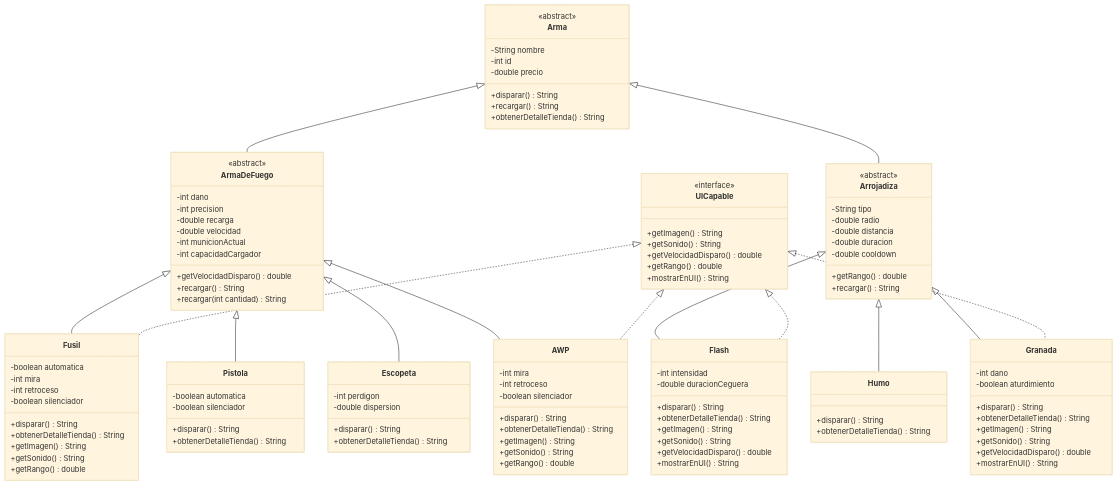
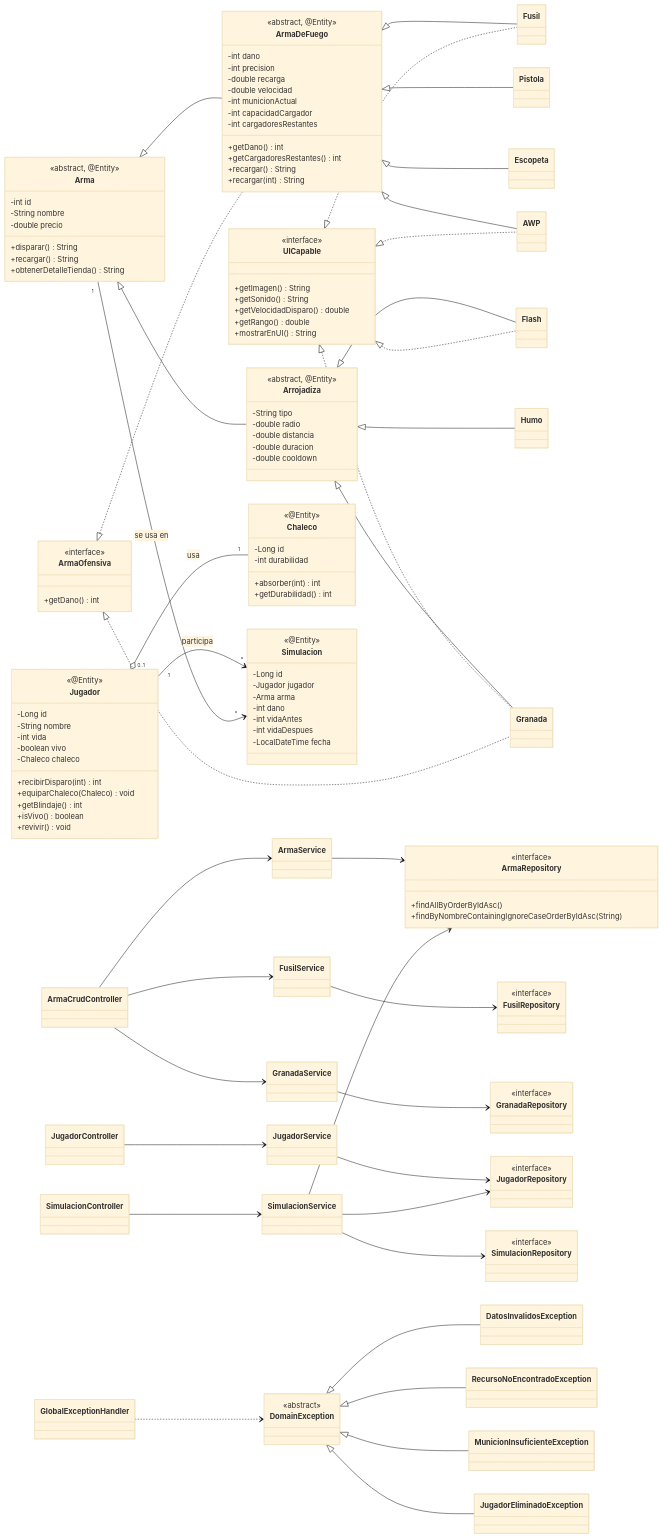
The first of 2 diagrams in README.md (MigueMedina/mmedina-tplp3-2026), drawn with Mermaid (base theme) before and after one commit. The commit also changed other lines of this file and 1 other file, not shown here.

````diff
--- a/README.md
+++ b/README.md
@@ -62,42 +111,49 @@
 ```mermaid
 classDiagram
-    %% Clase Base
+    direction LR
+
     class Arma {
-        <<abstract>>
+        <<abstract, @Entity>>
+        -int id
         -String nombre
-        -int id
         -double precio
         +disparar() String
         +recargar() String
         +obtenerDetalleTienda() String
     }
 
-    %% Clases Intermedias (heredan de Arma)
     class ArmaDeFuego {
-        <<abstract>>
+        <<abstract, @Entity>>
         -int dano
         -int precision
         -double recarga
         -double velocidad
         -int municionActual
         -int capacidadCargador
-        +getVelocidadDisparo() double
+        -int cargadoresRestantes
+        +getDano() int
+        +getCargadoresRestantes() int
         +recargar() String
-        +recargar(int cantidad) String
+        +recargar(int) String
     }
 
     class Arrojadiza {
-        <<abstract>>
+        <<abstract, @Entity>>
         -String tipo
         -double radio
         -double distancia
         -double duracion
         -double cooldown
-        +getRango() double
-        +recargar() String
     }
 
-    %% Interfaz compartida entre familias
+    class Fusil
+    class Pistola
+    class Escopeta
+    class AWP
+    class Flash
+    class Humo
+    class Granada
+
     class UICapable {
         <<interface>>
         +getImagen() String
@@ -107,87 +163,109 @@
         +mostrarEnUI() String
     }
 
-    %% Clases Finales (heredan de las intermedias)
-    class Fusil {
-        -boolean automatica
-        -int mira
-        -int retroceso
-        -boolean silenciador
-        +disparar() String
-        +obtenerDetalleTienda() String
-        +getImagen() String
-        +getSonido() String
-        +getRango() double
+    class ArmaOfensiva {
+        <<interface>>
+        +getDano() int
     }
 
-    class Pistola {
-        -boolean automatica
-        -boolean silenciador
-        +disparar() String
-        +obtenerDetalleTienda() String
+    class Jugador {
+        <<@Entity>>
+        -Long id
+        -String nombre
+        -int vida
+        -boolean vivo
+        -Chaleco chaleco
+        +recibirDisparo(int) int
+        +equiparChaleco(Chaleco) void
+        +getBlindaje() int
+        +isVivo() boolean
+        +revivir() void
     }
 
-    class Escopeta {
-        -int perdigon
-        -double dispersion
-        +disparar() String
-        +obtenerDetalleTienda() String
+    class Chaleco {
+        <<@Entity>>
+        -Long id
+        -int durabilidad
+        +absorber(int) int
+        +getDurabilidad() int
     }
 
-    class AWP {
-        -int mira
-        -int retroceso
-        -boolean silenciador
-        +disparar() String
-        +obtenerDetalleTienda() String
-        +getImagen() String
-        +getSonido() String
-        +getRango() double
+    class Simulacion {
+        <<@Entity>>
+        -Long id
+        -Jugador jugador
+        -Arma arma
+        -int dano
+        -int vidaAntes
+        -int vidaDespues
+        -LocalDateTime fecha
     }
 
-    class Flash {
-        -int intensidad
-        -double duracionCeguera
-        +disparar() String
-        +obtenerDetalleTienda() String
-        +getImagen() String
-        +getSonido() String
-        +getVelocidadDisparo() double
-        +mostrarEnUI() String
+    class ArmaRepository {
+        <<interface>>
+        +findAllByOrderByIdAsc()
+        +findByNombreContainingIgnoreCaseOrderByIdAsc(String)
     }
+    class FusilRepository { <<interface>> }
+    class GranadaRepository { <<interface>> }
+    class JugadorRepository { <<interface>> }
+    class SimulacionRepository { <<interface>> }
 
-    class Humo {
-        +disparar() String
-        +obtenerDetalleTienda() String
+    class ArmaCrudController
+    class JugadorController
+    class SimulacionController
+    class ArmaService
+    class FusilService
+    class GranadaService
+    class JugadorService
+    class SimulacionService
+
+    class DomainException {
+        <<abstract>>
     }
+    class DatosInvalidosException
+    class RecursoNoEncontradoException
+    class MunicionInsuficienteException
+    class JugadorEliminadoException
+    class GlobalExceptionHandler
 
-    class Granada {
-        -int dano
-        -boolean aturdimiento
-        +disparar() String
-        +obtenerDetalleTienda() String
-        +getImagen() String
-        +getSonido() String
-        +getVelocidadDisparo() double
-        +mostrarEnUI() String
-    }
-
-    %% Relaciones de Herencia
     Arma <|-- ArmaDeFuego
     Arma <|-- Arrojadiza
-
     ArmaDeFuego <|-- Fusil
     ArmaDeFuego <|-- Pistola
     ArmaDeFuego <|-- Escopeta
     ArmaDeFuego <|-- AWP
-
     Arrojadiza <|-- Flash
     Arrojadiza <|-- Humo
     Arrojadiza <|-- Granada
 
-    %% Implementación de la interfaz compartida
     UICapable <|.. Fusil
+    UICapable <|.. AWP
     UICapable <|.. Flash
-    UICapable <|.. AWP
     UICapable <|.. Granada
+    ArmaOfensiva <|.. ArmaDeFuego
+    ArmaOfensiva <|.. Granada
+
+    DomainException <|-- DatosInvalidosException
+    DomainException <|-- RecursoNoEncontradoException
+    DomainException <|-- MunicionInsuficienteException
+    DomainException <|-- JugadorEliminadoException
+    Jugador "0..1" o-- "1" Chaleco : usa
+
+    Jugador "1" --> "*" Simulacion : participa
+    Arma "1" --> "*" Simulacion : se usa en
+
+    ArmaCrudController --> ArmaService
+    ArmaCrudController --> FusilService
+    ArmaCrudController --> GranadaService
+    JugadorController --> JugadorService
+    SimulacionController --> SimulacionService
+    ArmaService --> ArmaRepository
+    FusilService --> FusilRepository
+    GranadaService --> GranadaRepository
+    JugadorService --> JugadorRepository
+    SimulacionService --> SimulacionRepository
+    SimulacionService --> ArmaRepository
+    SimulacionService --> JugadorRepository
+    GlobalExceptionHandler ..> DomainException
 ```
````
